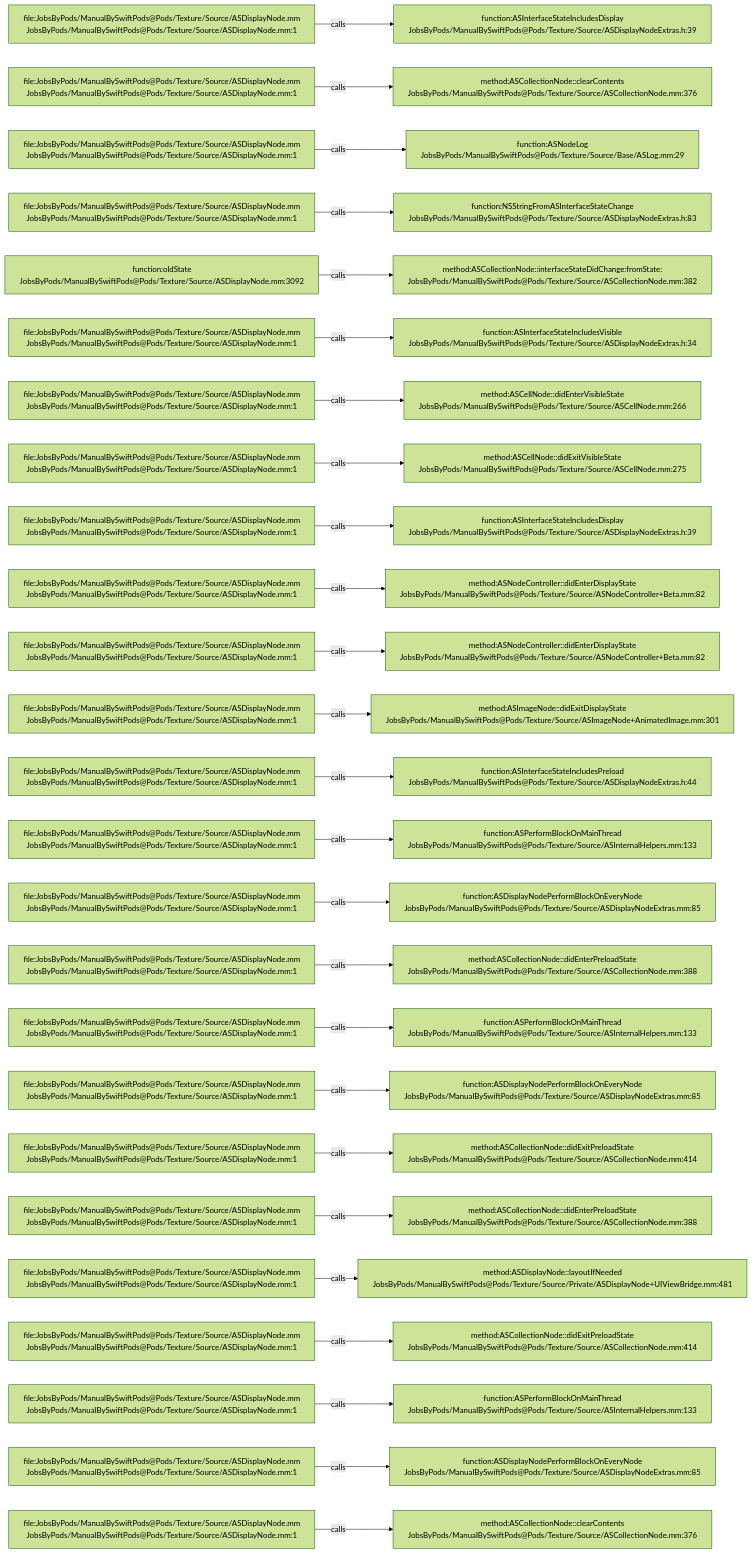
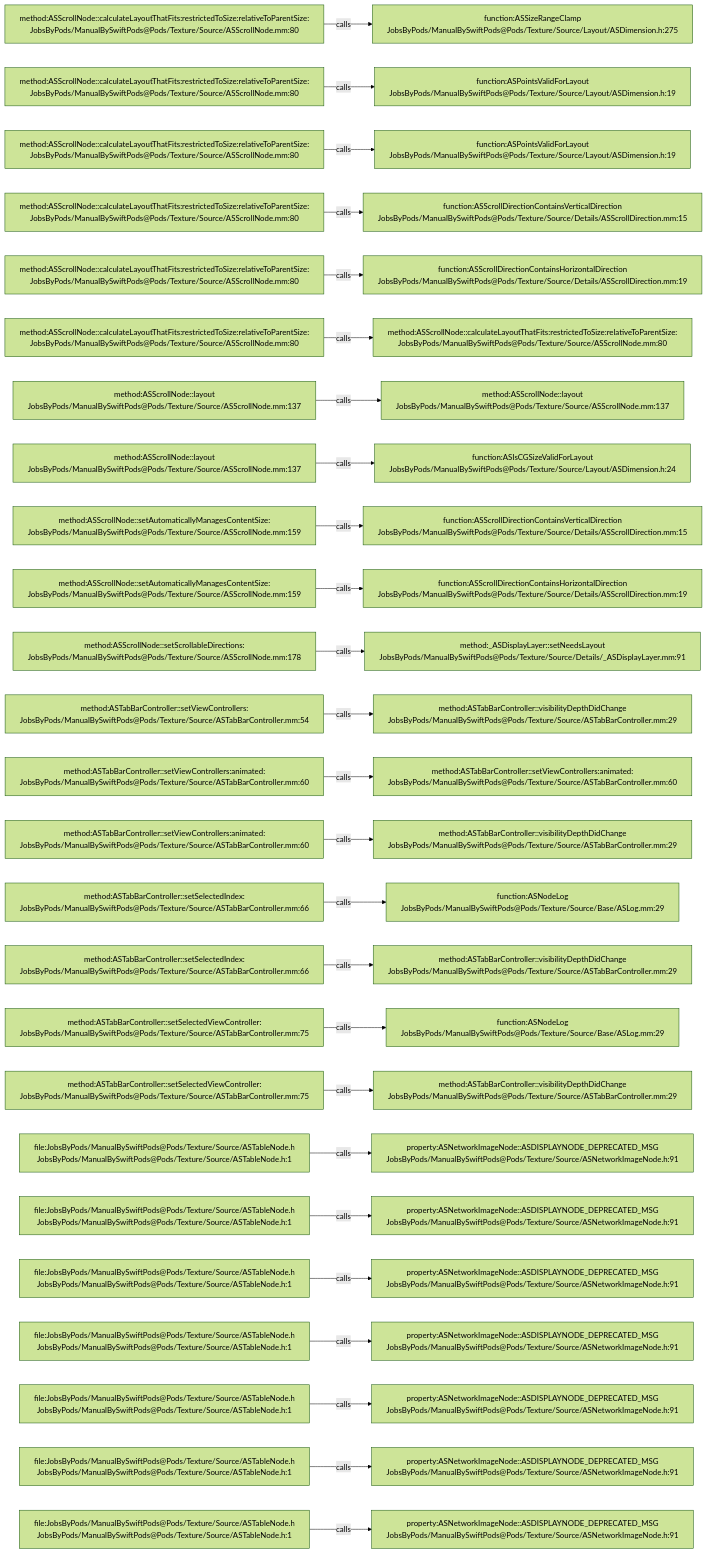
Before and after one commit to JobsKits/JobsSwiftBaseConfigDemo: the diagram in .codegraph/codegraph.md/graphs/calls-054.md, drawn with Mermaid (forest theme). The commit also changed 832 other files, not shown here.

````diff
--- a/.codegraph/codegraph.md/graphs/calls-054.md
+++ b/.codegraph/codegraph.md/graphs/calls-054.md
@@ -13,78 +13,78 @@
 ```mermaid
 flowchart LR
-  S1["file:JobsByPods/ManualBySwiftPods@Pods/Texture/Source/ASDisplayNode.mm<br/>JobsByPods/ManualBySwiftPods@Pods/Texture/Source/ASDisplayNode.mm:1"]
-  T1["function:ASInterfaceStateIncludesDisplay<br/>JobsByPods/ManualBySwiftPods@Pods/Texture/Source/ASDisplayNodeExtras.h:39"]
+  S1["method:ASScrollNode::calculateLayoutThatFits:restrictedToSize:relativeToParentSize:<br/>JobsByPods/ManualBySwiftPods@Pods/Texture/Source/ASScrollNode.mm:80"]
+  T1["function:ASSizeRangeClamp<br/>JobsByPods/ManualBySwiftPods@Pods/Texture/Source/Layout/ASDimension.h:275"]
   S1 -->|calls| T1
-  S2["file:JobsByPods/ManualBySwiftPods@Pods/Texture/Source/ASDisplayNode.mm<br/>JobsByPods/ManualBySwiftPods@Pods/Texture/Source/ASDisplayNode.mm:1"]
-  T2["method:ASCollectionNode::clearContents<br/>JobsByPods/ManualBySwiftPods@Pods/Texture/Source/ASCollectionNode.mm:376"]
+  S2["method:ASScrollNode::calculateLayoutThatFits:restrictedToSize:relativeToParentSize:<br/>JobsByPods/ManualBySwiftPods@Pods/Texture/Source/ASScrollNode.mm:80"]
+  T2["function:ASPointsValidForLayout<br/>JobsByPods/ManualBySwiftPods@Pods/Texture/Source/Layout/ASDimension.h:19"]
   S2 -->|calls| T2
-  S3["file:JobsByPods/ManualBySwiftPods@Pods/Texture/Source/ASDisplayNode.mm<br/>JobsByPods/ManualBySwiftPods@Pods/Texture/Source/ASDisplayNode.mm:1"]
-  T3["function:ASNodeLog<br/>JobsByPods/ManualBySwiftPods@Pods/Texture/Source/Base/ASLog.mm:29"]
+  S3["method:ASScrollNode::calculateLayoutThatFits:restrictedToSize:relativeToParentSize:<br/>JobsByPods/ManualBySwiftPods@Pods/Texture/Source/ASScrollNode.mm:80"]
+  T3["function:ASPointsValidForLayout<br/>JobsByPods/ManualBySwiftPods@Pods/Texture/Source/Layout/ASDimension.h:19"]
   S3 -->|calls| T3
-  S4["file:JobsByPods/ManualBySwiftPods@Pods/Texture/Source/ASDisplayNode.mm<br/>JobsByPods/ManualBySwiftPods@Pods/Texture/Source/ASDisplayNode.mm:1"]
-  T4["function:NSStringFromASInterfaceStateChange<br/>JobsByPods/ManualBySwiftPods@Pods/Texture/Source/ASDisplayNodeExtras.h:83"]
+  S4["method:ASScrollNode::calculateLayoutThatFits:restrictedToSize:relativeToParentSize:<br/>JobsByPods/ManualBySwiftPods@Pods/Texture/Source/ASScrollNode.mm:80"]
+  T4["function:ASScrollDirectionContainsVerticalDirection<br/>JobsByPods/ManualBySwiftPods@Pods/Texture/Source/Details/ASScrollDirection.mm:15"]
   S4 -->|calls| T4
-  S5["function:oldState<br/>JobsByPods/ManualBySwiftPods@Pods/Texture/Source/ASDisplayNode.mm:3092"]
-  T5["method:ASCollectionNode::interfaceStateDidChange:fromState:<br/>JobsByPods/ManualBySwiftPods@Pods/Texture/Source/ASCollectionNode.mm:382"]
+  S5["method:ASScrollNode::calculateLayoutThatFits:restrictedToSize:relativeToParentSize:<br/>JobsByPods/ManualBySwiftPods@Pods/Texture/Source/ASScrollNode.mm:80"]
+  T5["function:ASScrollDirectionContainsHorizontalDirection<br/>JobsByPods/ManualBySwiftPods@Pods/Texture/Source/Details/ASScrollDirection.mm:19"]
   S5 -->|calls| T5
-  S6["file:JobsByPods/ManualBySwiftPods@Pods/Texture/Source/ASDisplayNode.mm<br/>JobsByPods/ManualBySwiftPods@Pods/Texture/Source/ASDisplayNode.mm:1"]
-  T6["function:ASInterfaceStateIncludesVisible<br/>JobsByPods/ManualBySwiftPods@Pods/Texture/Source/ASDisplayNodeExtras.h:34"]
+  S6["method:ASScrollNode::calculateLayoutThatFits:restrictedToSize:relativeToParentSize:<br/>JobsByPods/ManualBySwiftPods@Pods/Texture/Source/ASScrollNode.mm:80"]
+  T6["method:ASScrollNode::calculateLayoutThatFits:restrictedToSize:relativeToParentSize:<br/>JobsByPods/ManualBySwiftPods@Pods/Texture/Source/ASScrollNode.mm:80"]
   S6 -->|calls| T6
-  S7["file:JobsByPods/ManualBySwiftPods@Pods/Texture/Source/ASDisplayNode.mm<br/>JobsByPods/ManualBySwiftPods@Pods/Texture/Source/ASDisplayNode.mm:1"]
-  T7["method:ASCellNode::didEnterVisibleState<br/>JobsByPods/ManualBySwiftPods@Pods/Texture/Source/ASCellNode.mm:266"]
+  S7["method:ASScrollNode::layout<br/>JobsByPods/ManualBySwiftPods@Pods/Texture/Source/ASScrollNode.mm:137"]
+  T7["method:ASScrollNode::layout<br/>JobsByPods/ManualBySwiftPods@Pods/Texture/Source/ASScrollNode.mm:137"]
   S7 -->|calls| T7
-  S8["file:JobsByPods/ManualBySwiftPods@Pods/Texture/Source/ASDisplayNode.mm<br/>JobsByPods/ManualBySwiftPods@Pods/Texture/Source/ASDisplayNode.mm:1"]
-  T8["method:ASCellNode::didExitVisibleState<br/>JobsByPods/ManualBySwiftPods@Pods/Texture/Source/ASCellNode.mm:275"]
+  S8["method:ASScrollNode::layout<br/>JobsByPods/ManualBySwiftPods@Pods/Texture/Source/ASScrollNode.mm:137"]
+  T8["function:ASIsCGSizeValidForLayout<br/>JobsByPods/ManualBySwiftPods@Pods/Texture/Source/Layout/ASDimension.h:24"]
   S8 -->|calls| T8
-  S9["file:JobsByPods/ManualBySwiftPods@Pods/Texture/Source/ASDisplayNode.mm<br/>JobsByPods/ManualBySwiftPods@Pods/Texture/Source/ASDisplayNode.mm:1"]
-  T9["function:ASInterfaceStateIncludesDisplay<br/>JobsByPods/ManualBySwiftPods@Pods/Texture/Source/ASDisplayNodeExtras.h:39"]
+  S9["method:ASScrollNode::setAutomaticallyManagesContentSize:<br/>JobsByPods/ManualBySwiftPods@Pods/Texture/Source/ASScrollNode.mm:159"]
+  T9["function:ASScrollDirectionContainsVerticalDirection<br/>JobsByPods/ManualBySwiftPods@Pods/Texture/Source/Details/ASScrollDirection.mm:15"]
   S9 -->|calls| T9
-  S10["file:JobsByPods/ManualBySwiftPods@Pods/Texture/Source/ASDisplayNode.mm<br/>JobsByPods/ManualBySwiftPods@Pods/Texture/Source/ASDisplayNode.mm:1"]
-  T10["method:ASNodeController::didEnterDisplayState<br/>JobsByPods/ManualBySwiftPods@Pods/Texture/Source/ASNodeController+Beta.mm:82"]
+  S10["method:ASScrollNode::setAutomaticallyManagesContentSize:<br/>JobsByPods/ManualBySwiftPods@Pods/Texture/Source/ASScrollNode.mm:159"]
+  T10["function:ASScrollDirectionContainsHorizontalDirection<br/>JobsByPods/ManualBySwiftPods@Pods/Texture/Source/Details/ASScrollDirection.mm:19"]
   S10 -->|calls| T10
-  S11["file:JobsByPods/ManualBySwiftPods@Pods/Texture/Source/ASDisplayNode.mm<br/>JobsByPods/ManualBySwiftPods@Pods/Texture/Source/ASDisplayNode.mm:1"]
-  T11["method:ASNodeController::didEnterDisplayState<br/>JobsByPods/ManualBySwiftPods@Pods/Texture/Source/ASNodeController+Beta.mm:82"]
+  S11["method:ASScrollNode::setScrollableDirections:<br/>JobsByPods/ManualBySwiftPods@Pods/Texture/Source/ASScrollNode.mm:178"]
+  T11["method:_ASDisplayLayer::setNeedsLayout<br/>JobsByPods/ManualBySwiftPods@Pods/Texture/Source/Details/_ASDisplayLayer.mm:91"]
   S11 -->|calls| T11
-  S12["file:JobsByPods/ManualBySwiftPods@Pods/Texture/Source/ASDisplayNode.mm<br/>JobsByPods/ManualBySwiftPods@Pods/Texture/Source/ASDisplayNode.mm:1"]
-  T12["method:ASImageNode::didExitDisplayState<br/>JobsByPods/ManualBySwiftPods@Pods/Texture/Source/ASImageNode+AnimatedImage.mm:301"]
+  S12["method:ASTabBarController::setViewControllers:<br/>JobsByPods/ManualBySwiftPods@Pods/Texture/Source/ASTabBarController.mm:54"]
+  T12["method:ASTabBarController::visibilityDepthDidChange<br/>JobsByPods/ManualBySwiftPods@Pods/Texture/Source/ASTabBarController.mm:29"]
   S12 -->|calls| T12
-  S13["file:JobsByPods/ManualBySwiftPods@Pods/Texture/Source/ASDisplayNode.mm<br/>JobsByPods/ManualBySwiftPods@Pods/Texture/Source/ASDisplayNode.mm:1"]
-  T13["function:ASInterfaceStateIncludesPreload<br/>JobsByPods/ManualBySwiftPods@Pods/Texture/Source/ASDisplayNodeExtras.h:44"]
+  S13["method:ASTabBarController::setViewControllers:animated:<br/>JobsByPods/ManualBySwiftPods@Pods/Texture/Source/ASTabBarController.mm:60"]
+  T13["method:ASTabBarController::setViewControllers:animated:<br/>JobsByPods/ManualBySwiftPods@Pods/Texture/Source/ASTabBarController.mm:60"]
   S13 -->|calls| T13
-  S14["file:JobsByPods/ManualBySwiftPods@Pods/Texture/Source/ASDisplayNode.mm<br/>JobsByPods/ManualBySwiftPods@Pods/Texture/Source/ASDisplayNode.mm:1"]
-  T14["function:ASPerformBlockOnMainThread<br/>JobsByPods/ManualBySwiftPods@Pods/Texture/Source/ASInternalHelpers.mm:133"]
+  S14["method:ASTabBarController::setViewControllers:animated:<br/>JobsByPods/ManualBySwiftPods@Pods/Texture/Source/ASTabBarController.mm:60"]
+  T14["method:ASTabBarController::visibilityDepthDidChange<br/>JobsByPods/ManualBySwiftPods@Pods/Texture/Source/ASTabBarController.mm:29"]
   S14 -->|calls| T14
-  S15["file:JobsByPods/ManualBySwiftPods@Pods/Texture/Source/ASDisplayNode.mm<br/>JobsByPods/ManualBySwiftPods@Pods/Texture/Source/ASDisplayNode.mm:1"]
-  T15["function:ASDisplayNodePerformBlockOnEveryNode<br/>JobsByPods/ManualBySwiftPods@Pods/Texture/Source/ASDisplayNodeExtras.mm:85"]
+  S15["method:ASTabBarController::setSelectedIndex:<br/>JobsByPods/ManualBySwiftPods@Pods/Texture/Source/ASTabBarController.mm:66"]
+  T15["function:ASNodeLog<br/>JobsByPods/ManualBySwiftPods@Pods/Texture/Source/Base/ASLog.mm:29"]
   S15 -->|calls| T15
-  S16["file:JobsByPods/ManualBySwiftPods@Pods/Texture/Source/ASDisplayNode.mm<br/>JobsByPods/ManualBySwiftPods@Pods/Texture/Source/ASDisplayNode.mm:1"]
-  T16["method:ASCollectionNode::didEnterPreloadState<br/>JobsByPods/ManualBySwiftPods@Pods/Texture/Source/ASCollectionNode.mm:388"]
+  S16["method:ASTabBarController::setSelectedIndex:<br/>JobsByPods/ManualBySwiftPods@Pods/Texture/Source/ASTabBarController.mm:66"]
+  T16["method:ASTabBarController::visibilityDepthDidChange<br/>JobsByPods/ManualBySwiftPods@Pods/Texture/Source/ASTabBarController.mm:29"]
   S16 -->|calls| T16
-  S17["file:JobsByPods/ManualBySwiftPods@Pods/Texture/Source/ASDisplayNode.mm<br/>JobsByPods/ManualBySwiftPods@Pods/Texture/Source/ASDisplayNode.mm:1"]
-  T17["function:ASPerformBlockOnMainThread<br/>JobsByPods/ManualBySwiftPods@Pods/Texture/Source/ASInternalHelpers.mm:133"]
+  S17["method:ASTabBarController::setSelectedViewController:<br/>JobsByPods/ManualBySwiftPods@Pods/Texture/Source/ASTabBarController.mm:75"]
+  T17["function:ASNodeLog<br/>JobsByPods/ManualBySwiftPods@Pods/Texture/Source/Base/ASLog.mm:29"]
   S17 -->|calls| T17
-  S18["file:JobsByPods/ManualBySwiftPods@Pods/Texture/Source/ASDisplayNode.mm<br/>JobsByPods/ManualBySwiftPods@Pods/Texture/Source/ASDisplayNode.mm:1"]
-  T18["function:ASDisplayNodePerformBlockOnEveryNode<br/>JobsByPods/ManualBySwiftPods@Pods/Texture/Source/ASDisplayNodeExtras.mm:85"]
+  S18["method:ASTabBarController::setSelectedViewController:<br/>JobsByPods/ManualBySwiftPods@Pods/Texture/Source/ASTabBarController.mm:75"]
+  T18["method:ASTabBarController::visibilityDepthDidChange<br/>JobsByPods/ManualBySwiftPods@Pods/Texture/Source/ASTabBarController.mm:29"]
   S18 -->|calls| T18
-  S19["file:JobsByPods/ManualBySwiftPods@Pods/Texture/Source/ASDisplayNode.mm<br/>JobsByPods/ManualBySwiftPods@Pods/Texture/Source/ASDisplayNode.mm:1"]
-  T19["method:ASCollectionNode::didExitPreloadState<br/>JobsByPods/ManualBySwiftPods@Pods/Texture/Source/ASCollectionNode.mm:414"]
+  S19["file:JobsByPods/ManualBySwiftPods@Pods/Texture/Source/ASTableNode.h<br/>JobsByPods/ManualBySwiftPods@Pods/Texture/Source/ASTableNode.h:1"]
+  T19["property:ASNetworkImageNode::ASDISPLAYNODE_DEPRECATED_MSG<br/>JobsByPods/ManualBySwiftPods@Pods/Texture/Source/ASNetworkImageNode.h:91"]
   S19 -->|calls| T19
-  S20["file:JobsByPods/ManualBySwiftPods@Pods/Texture/Source/ASDisplayNode.mm<br/>JobsByPods/ManualBySwiftPods@Pods/Texture/Source/ASDisplayNode.mm:1"]
-  T20["method:ASCollectionNode::didEnterPreloadState<br/>JobsByPods/ManualBySwiftPods@Pods/Texture/Source/ASCollectionNode.mm:388"]
+  S20["file:JobsByPods/ManualBySwiftPods@Pods/Texture/Source/ASTableNode.h<br/>JobsByPods/ManualBySwiftPods@Pods/Texture/Source/ASTableNode.h:1"]
+  T20["property:ASNetworkImageNode::ASDISPLAYNODE_DEPRECATED_MSG<br/>JobsByPods/ManualBySwiftPods@Pods/Texture/Source/ASNetworkImageNode.h:91"]
   S20 -->|calls| T20
-  S21["file:JobsByPods/ManualBySwiftPods@Pods/Texture/Source/ASDisplayNode.mm<br/>JobsByPods/ManualBySwiftPods@Pods/Texture/Source/ASDisplayNode.mm:1"]
-  T21["method:ASDisplayNode::layoutIfNeeded<br/>JobsByPods/ManualBySwiftPods@Pods/Texture/Source/Private/ASDisplayNode+UIViewBridge.mm:481"]
+  S21["file:JobsByPods/ManualBySwiftPods@Pods/Texture/Source/ASTableNode.h<br/>JobsByPods/ManualBySwiftPods@Pods/Texture/Source/ASTableNode.h:1"]
+  T21["property:ASNetworkImageNode::ASDISPLAYNODE_DEPRECATED_MSG<br/>JobsByPods/ManualBySwiftPods@Pods/Texture/Source/ASNetworkImageNode.h:91"]
   S21 -->|calls| T21
-  S22["file:JobsByPods/ManualBySwiftPods@Pods/Texture/Source/ASDisplayNode.mm<br/>JobsByPods/ManualBySwiftPods@Pods/Texture/Source/ASDisplayNode.mm:1"]
-  T22["method:ASCollectionNode::didExitPreloadState<br/>JobsByPods/ManualBySwiftPods@Pods/Texture/Source/ASCollectionNode.mm:414"]
+  S22["file:JobsByPods/ManualBySwiftPods@Pods/Texture/Source/ASTableNode.h<br/>JobsByPods/ManualBySwiftPods@Pods/Texture/Source/ASTableNode.h:1"]
+  T22["property:ASNetworkImageNode::ASDISPLAYNODE_DEPRECATED_MSG<br/>JobsByPods/ManualBySwiftPods@Pods/Texture/Source/ASNetworkImageNode.h:91"]
   S22 -->|calls| T22
-  S23["file:JobsByPods/ManualBySwiftPods@Pods/Texture/Source/ASDisplayNode.mm<br/>JobsByPods/ManualBySwiftPods@Pods/Texture/Source/ASDisplayNode.mm:1"]
-  T23["function:ASPerformBlockOnMainThread<br/>JobsByPods/ManualBySwiftPods@Pods/Texture/Source/ASInternalHelpers.mm:133"]
+  S23["file:JobsByPods/ManualBySwiftPods@Pods/Texture/Source/ASTableNode.h<br/>JobsByPods/ManualBySwiftPods@Pods/Texture/Source/ASTableNode.h:1"]
+  T23["property:ASNetworkImageNode::ASDISPLAYNODE_DEPRECATED_MSG<br/>JobsByPods/ManualBySwiftPods@Pods/Texture/Source/ASNetworkImageNode.h:91"]
   S23 -->|calls| T23
-  S24["file:JobsByPods/ManualBySwiftPods@Pods/Texture/Source/ASDisplayNode.mm<br/>JobsByPods/ManualBySwiftPods@Pods/Texture/Source/ASDisplayNode.mm:1"]
-  T24["function:ASDisplayNodePerformBlockOnEveryNode<br/>JobsByPods/ManualBySwiftPods@Pods/Texture/Source/ASDisplayNodeExtras.mm:85"]
+  S24["file:JobsByPods/ManualBySwiftPods@Pods/Texture/Source/ASTableNode.h<br/>JobsByPods/ManualBySwiftPods@Pods/Texture/Source/ASTableNode.h:1"]
+  T24["property:ASNetworkImageNode::ASDISPLAYNODE_DEPRECATED_MSG<br/>JobsByPods/ManualBySwiftPods@Pods/Texture/Source/ASNetworkImageNode.h:91"]
   S24 -->|calls| T24
-  S25["file:JobsByPods/ManualBySwiftPods@Pods/Texture/Source/ASDisplayNode.mm<br/>JobsByPods/ManualBySwiftPods@Pods/Texture/Source/ASDisplayNode.mm:1"]
-  T25["method:ASCollectionNode::clearContents<br/>JobsByPods/ManualBySwiftPods@Pods/Texture/Source/ASCollectionNode.mm:376"]
+  S25["file:JobsByPods/ManualBySwiftPods@Pods/Texture/Source/ASTableNode.h<br/>JobsByPods/ManualBySwiftPods@Pods/Texture/Source/ASTableNode.h:1"]
+  T25["property:ASNetworkImageNode::ASDISPLAYNODE_DEPRECATED_MSG<br/>JobsByPods/ManualBySwiftPods@Pods/Texture/Source/ASNetworkImageNode.h:91"]
   S25 -->|calls| T25
 ```
````
